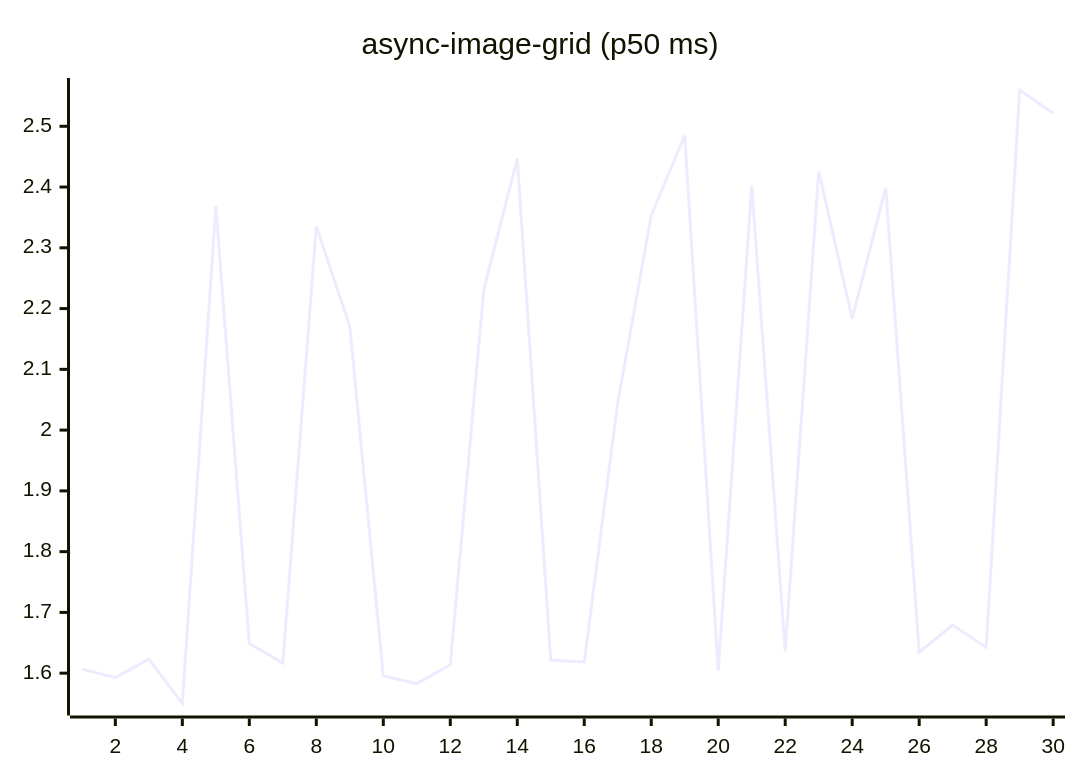
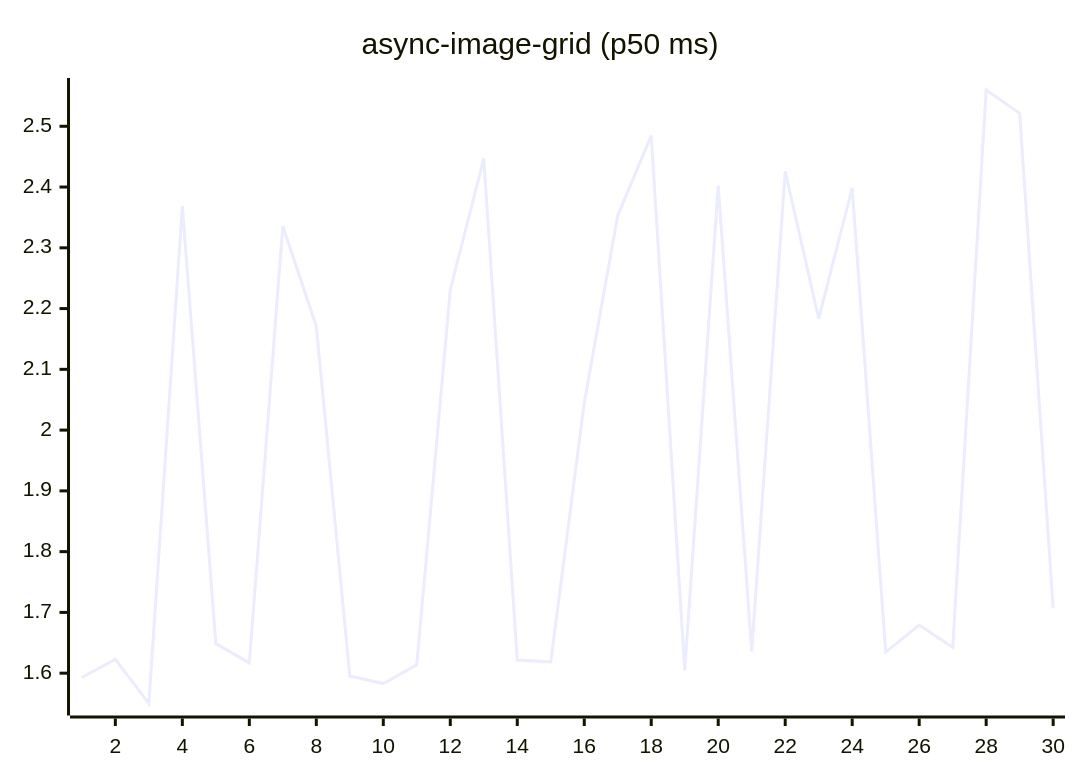
One commit to josha/Facet changed the fifth of 27 diagrams in README.md. Above: the diagram before and after it, drawn with Mermaid. The commit also changed other lines of this file and 2 other files, not shown here.

````diff
--- a/README.md
+++ b/README.md
@@ -91,6 +91,6 @@
 ```mermaid
 xychart-beta
     title "async-image-grid (p50 ms)"
     x-axis 1 --> 30
-    line [1.6066, 1.5928, 1.6229, 1.5501, 2.3685, 1.6487, 1.6169, 2.3355, 2.1710, 1.5954, 1.5829, 1.6137, 2.2308, 2.4470, 1.6216, 1.6184, 2.0452, 2.3531, 2.4847, 1.6045, 2.4025, 1.6357, 2.4260, 2.1835, 2.3985, 1.6346, 1.6792, 1.6424, 2.5597, 2.5214]
+    line [1.5928, 1.6229, 1.5501, 2.3685, 1.6487, 1.6169, 2.3355, 2.1710, 1.5954, 1.5829, 1.6137, 2.2308, 2.4470, 1.6216, 1.6184, 2.0452, 2.3531, 2.4847, 1.6045, 2.4025, 1.6357, 2.4260, 2.1835, 2.3985, 1.6346, 1.6792, 1.6424, 2.5597, 2.5214, 1.7066]
 ```
````
